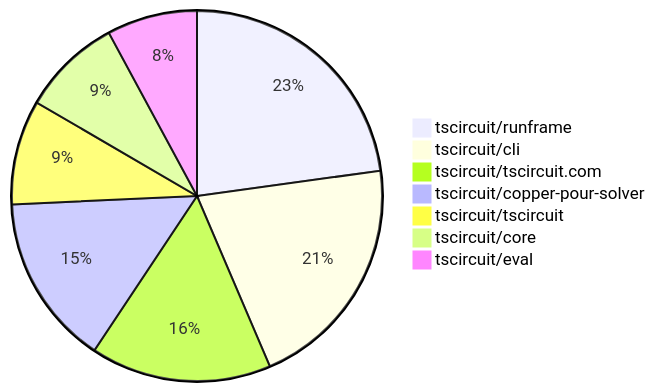
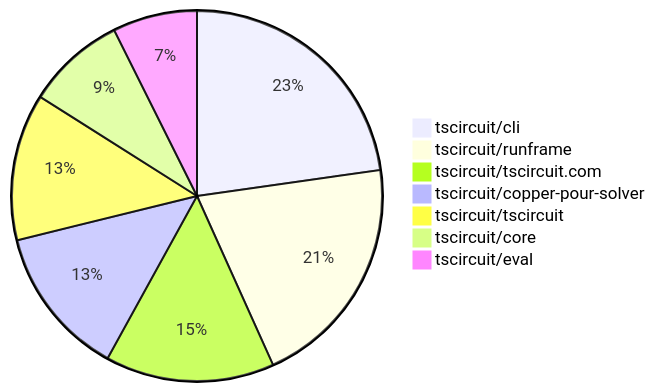
One commit to tscircuit/contribution-tracker changed the second of 2 diagrams in README.md. Above: the diagram before and after it, drawn with Mermaid. The commit also changed other lines of this file and 3 other files, not shown here.

````diff
--- a/README.md
+++ b/README.md
@@ -127,10 +132,10 @@
 ```mermaid
 pie
-    "tscircuit/runframe" : 55
-    "tscircuit/cli" : 50
-    "tscircuit/tscircuit.com" : 38
-    "tscircuit/copper-pour-solver" : 36
-    "tscircuit/tscircuit" : 22
-    "tscircuit/core" : 21
-    "tscircuit/eval" : 19
+    "tscircuit/cli" : 71
+    "tscircuit/runframe" : 64
+    "tscircuit/tscircuit.com" : 46
+    "tscircuit/copper-pour-solver" : 41
+    "tscircuit/tscircuit" : 40
+    "tscircuit/core" : 27
+    "tscircuit/eval" : 23
 ```
````
